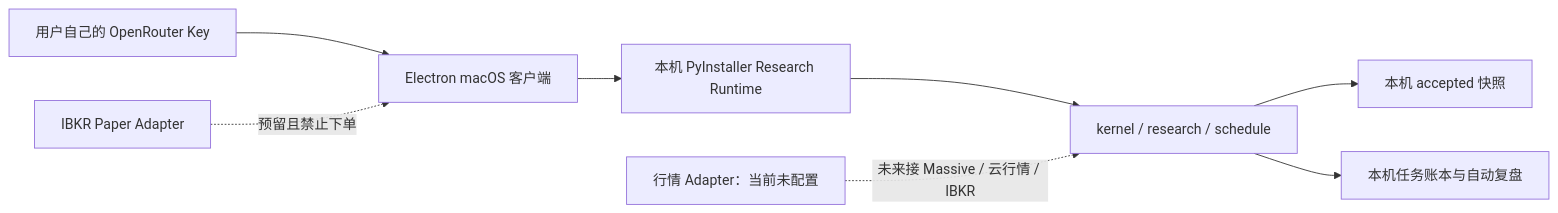
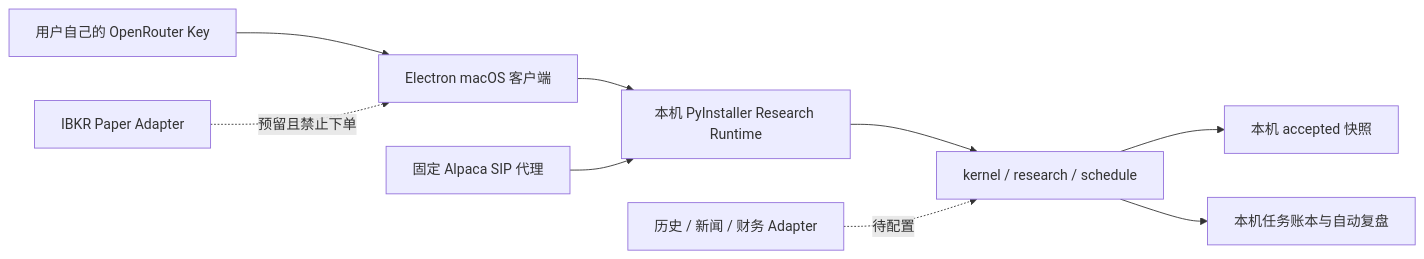
One commit to Frankie-Foo/ai-quant-trading-system changed the diagram in docs/MACOS_RESEARCH_CLIENT.md. Above: the diagram before and after it, drawn with Mermaid. The commit also changed other lines of this file and 13 other files, not shown here.

Commit message:
feat: connect macOS client to Alpaca SIP proxy

````diff
--- a/docs/MACOS_RESEARCH_CLIENT.md
+++ b/docs/MACOS_RESEARCH_CLIENT.md
@@ -27,10 +27,11 @@
 ```mermaid
 flowchart LR
     A["Electron macOS 客户端"] --> B["本机 PyInstaller Research Runtime"]
     B --> C["kernel / research / schedule"]
     C --> D["本机 accepted 快照"]
     C --> E["本机任务账本与自动复盘"]
-    F["行情 Adapter：当前未配置"] -. "未来接 Massive / 云行情 / IBKR" .-> C
+    F["固定 Alpaca SIP 代理"] --> B
+    I["历史 / 新闻 / 财务 Adapter"] -. "待配置" .-> C
     G["用户自己的 OpenRouter Key"] --> A
     H["IBKR Paper Adapter"] -. "预留且禁止下单" .-> A
 ```
````
